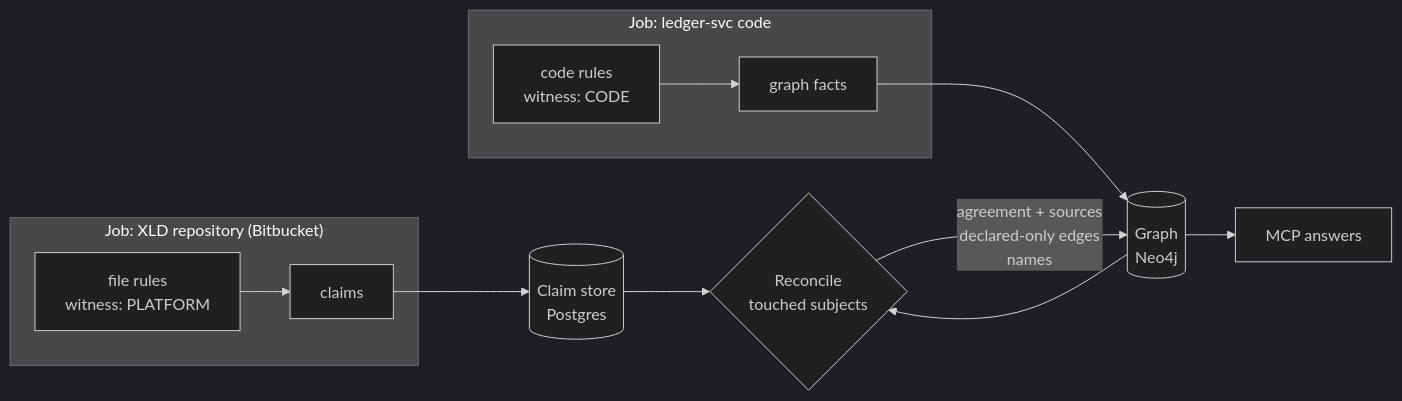
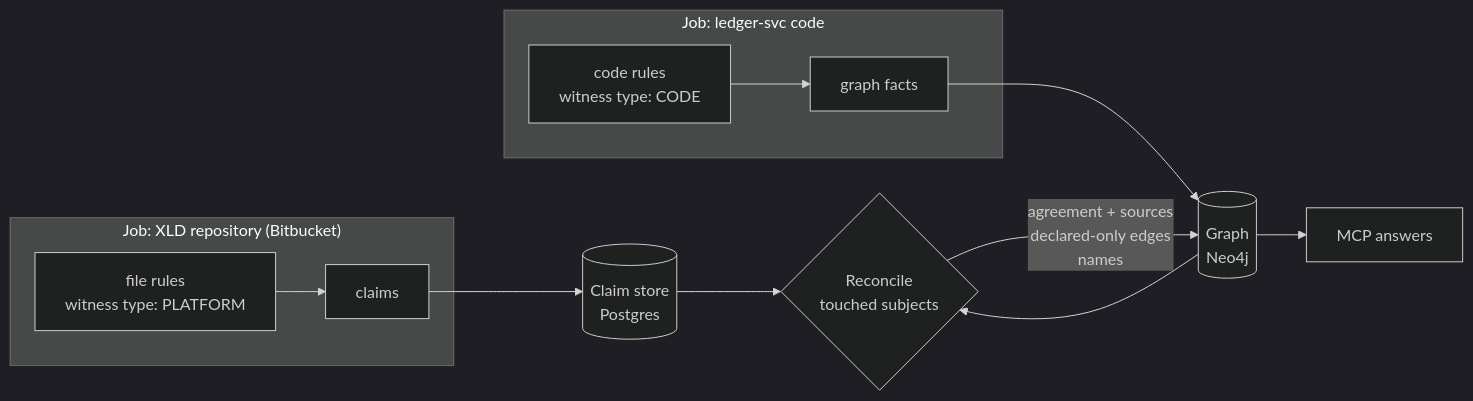
Before and after one commit to KBavis/steno: the diagram in docs/how-it-works/ingestion/claims-and-reconcile.md, drawn with Mermaid (dark theme). The commit also changed other lines of this file and 19 other files, not shown here.

Commit message:
docs: use witness and witness type terminology instead of witness & provider (since provider is a bit laoded term)

````diff
--- a/docs/how-it-works/ingestion/claims-and-reconcile.md
+++ b/docs/how-it-works/ingestion/claims-and-reconcile.md
@@ -12,15 +12,15 @@
 ```mermaid
 flowchart LR
     subgraph JobX["Job: XLD repository (Bitbucket)"]
-      XF["file rules<br/>witness: PLATFORM"] --> XC["claims"]
+      XF["file rules<br/>witness type: PLATFORM"] --> XC["claims"]
     end
     subgraph JobA["Job: ledger-svc code"]
-      AF["code rules<br/>witness: CODE"] --> AG["graph facts"]
+      AF["code rules<br/>witness type: CODE"] --> AG["graph facts"]
     end
     XC --> CS[("Claim store<br/>Postgres")]
     AG --> G[("Graph<br/>Neo4j")]
     CS --> RC{"Reconcile<br/>touched subjects"}
     G --> RC
     RC -- "agreement + sources<br/>declared-only edges<br/>names" --> G
     G --> MCP["MCP answers"]
 ```
````
